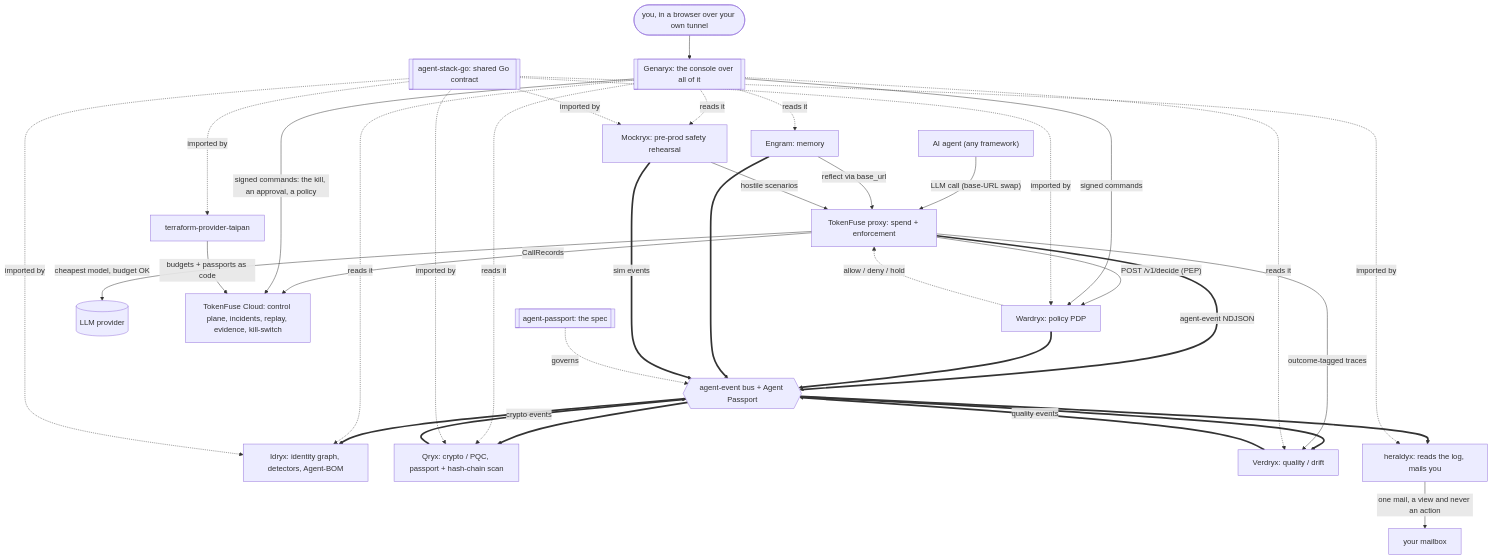
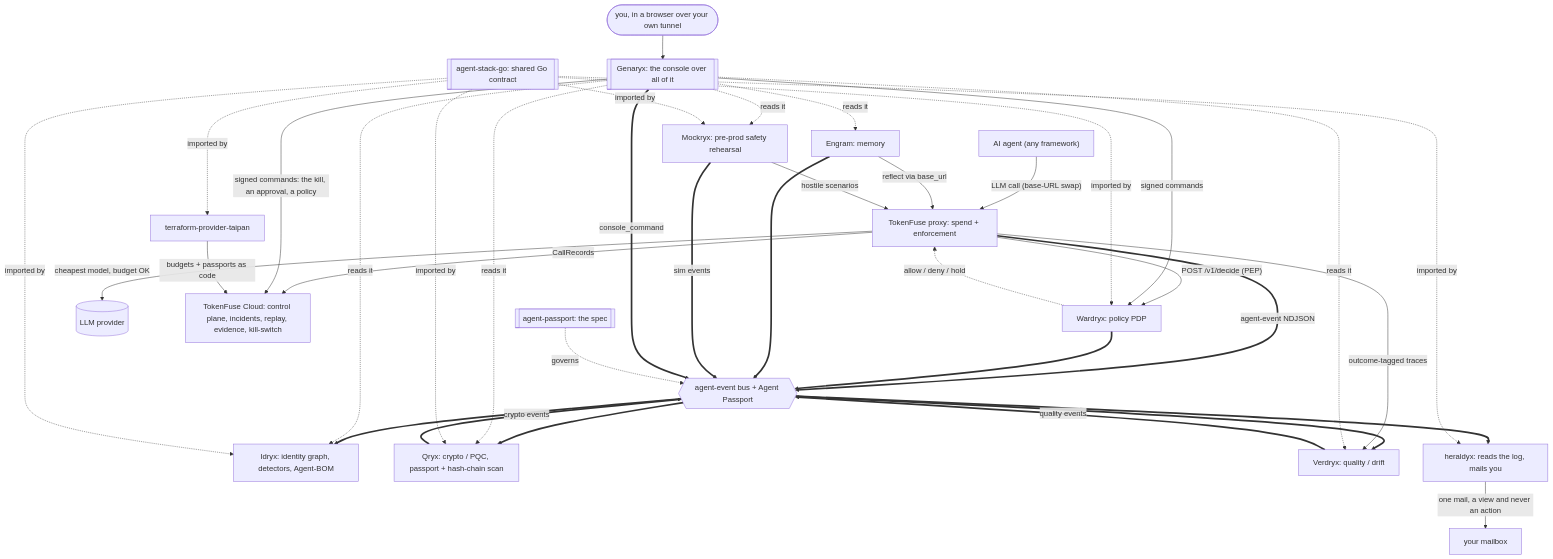
One commit to TAIPANBOX/agent-passport changed the diagram in README.md. Above: the diagram before and after it, drawn with Mermaid. The commit also changed other lines of this file and 1 other file, not shown here.

````diff
--- a/README.md
+++ b/README.md
@@ -62,38 +62,39 @@
 ```mermaid
 flowchart TB
   Agent["AI agent (any framework)"] -->|"LLM call (base-URL swap)"| TF["TokenFuse proxy: spend + enforcement"]
   TF -->|"POST /v1/decide (PEP)"| WX["Wardryx: policy PDP"]
   WX -.->|"allow / deny / hold"| TF
   TF -->|"cheapest model, budget OK"| LLM[("LLM provider")]
   TF -->|"CallRecords"| CL["TokenFuse Cloud: control plane, incidents, replay, evidence, kill-switch"]
   TF ==>|"agent-event NDJSON"| BUS{{"agent-event bus + Agent Passport"}}
   WX ==> BUS
   ENG["Engram: memory"] -->|"reflect via base_url"| TF
   ENG ==> BUS
   BUS ==> IDX["Idryx: identity graph, detectors, Agent-BOM"]
   BUS ==> QX["Qryx: crypto / PQC, passport + hash-chain scan"]
   QX ==>|"crypto events"| BUS
   BUS ==> VX["Verdryx: quality / drift"]
   VX ==>|"quality events"| BUS
   TF -->|"outcome-tagged traces"| VX
   MX["Mockryx: pre-prod safety rehearsal"] -->|"hostile scenarios"| TF
   MX ==>|"sim events"| BUS
   BUS ==> HX["heraldyx: reads the log, mails you"]
   HX -->|"one mail, a view and never an action"| OPS["your mailbox"]
   YOU(["you, in a browser over your own tunnel"]) --> GX[["Genaryx: the console over all of it"]]
   GX -->|"signed commands: the kill, an approval, a policy"| CL
   GX -->|"signed commands"| WX
+  GX ==>|"console_command"| BUS
   GX -.->|"reads it"| IDX
   GX -.->|"reads it"| QX
   GX -.->|"reads it"| VX
   GX -.->|"reads it"| MX
   GX -.->|"reads it"| ENG
   TFP["terraform-provider-taipan"] -->|"budgets + passports as code"| CL
   ASG[["agent-stack-go: shared Go contract"]] -.->|imported by| IDX
   ASG -.->|imported by| WX
   ASG -.->|imported by| MX
   ASG -.->|imported by| TFP
   ASG -.->|imported by| HX
   ASG -.->|imported by| QX
   SPEC[["agent-passport: the spec"]] -.->|governs| BUS
 ```
````
